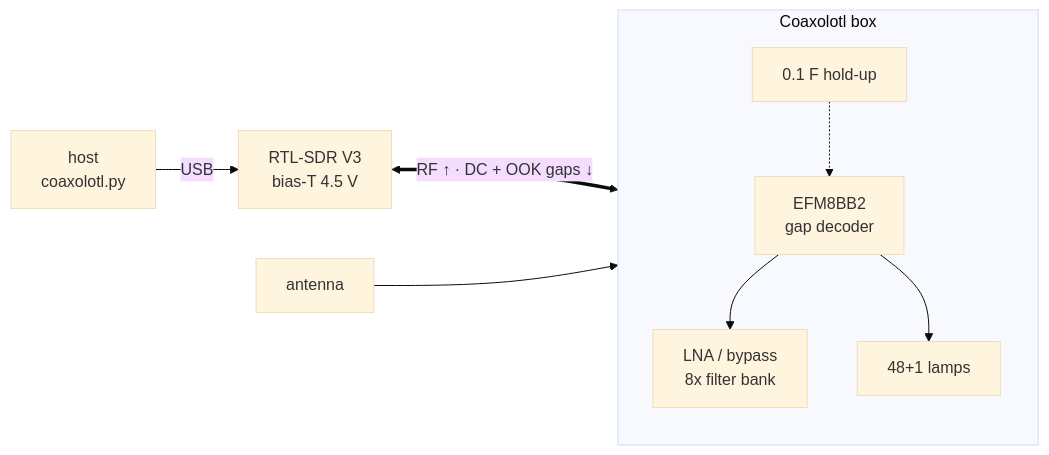
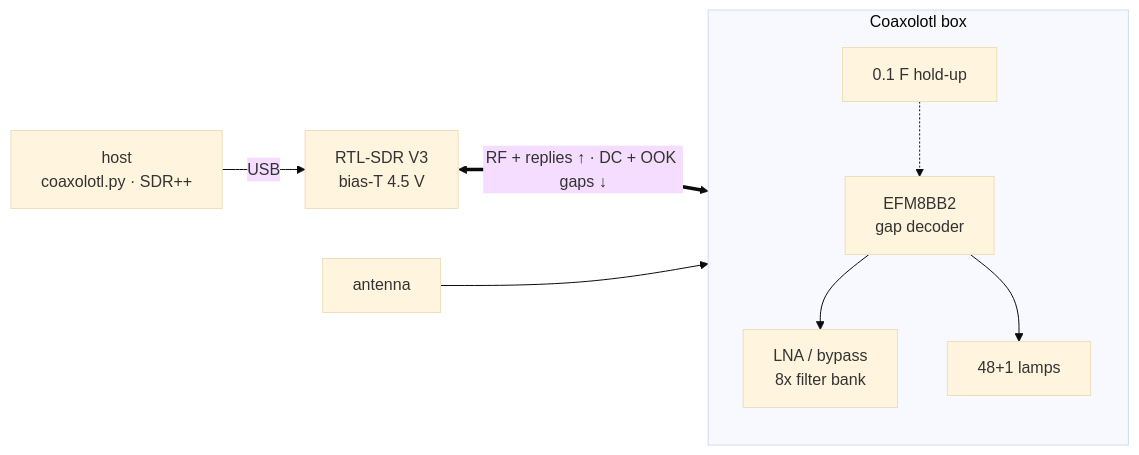
The diagram in README.md (z2labs/coaxolotl), drawn with Mermaid (base theme) before and after one commit. The commit also changed other lines of this file and 30 other files, not shown here.

````diff
--- a/README.md
+++ b/README.md
@@ -18,12 +20,12 @@
 ```mermaid
 flowchart LR
-  PC[host<br/>coaxolotl.py] -- USB --> RTL[RTL-SDR V3<br/>bias-T 4.5 V]
-  RTL <== "RF ↑ · DC + OOK gaps ↓" ==> BOX
+  PC[host<br/>coaxolotl.py · SDR++] -- USB --> RTL[RTL-SDR V3<br/>bias-T 4.5 V]
+  RTL <== "RF + replies ↑ · DC + OOK gaps ↓" ==> BOX
   subgraph BOX[Coaxolotl box]
     direction TB
     DEC[EFM8BB2<br/>gap decoder] --> SW[LNA / bypass<br/>8x filter bank]
     DEC --> PANEL[48+1 lamps]
     SCAP[0.1 F hold-up] -.-> DEC
   end
   ANT[antenna] --> BOX
 ```
````
